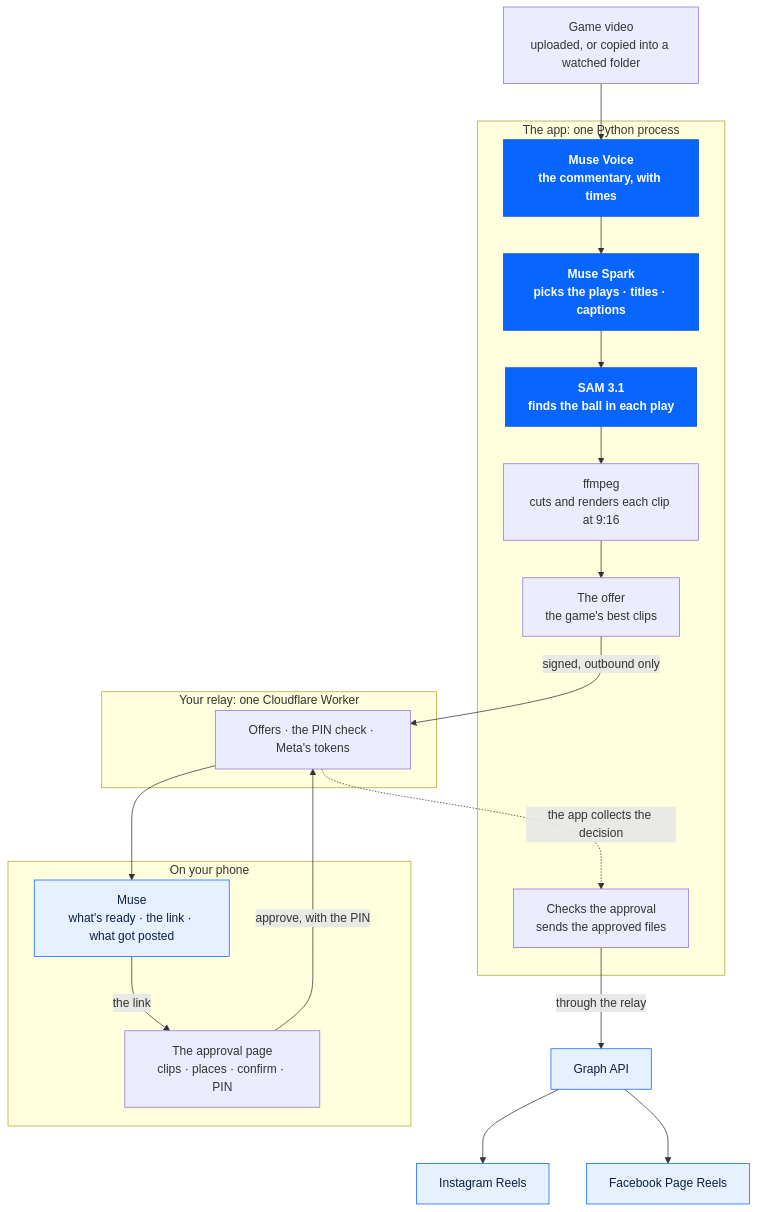
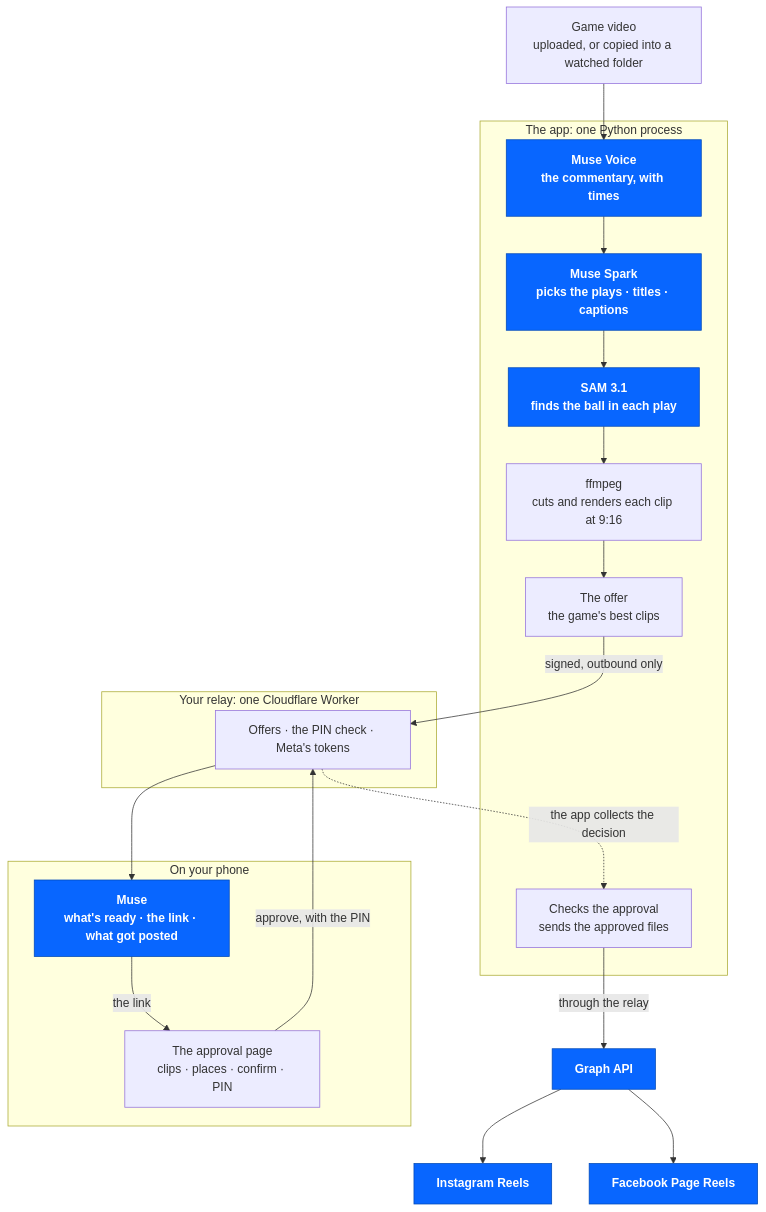
Before and after one commit to ColinGPT9/clips-kitty-gameday: the diagram in README.md, drawn with Mermaid. The commit also changed other lines of this file and 1 other file, not shown here.

Commit message:
Make every Meta product blue in the diagrams
Muse, the Graph API, Instagram and Facebook now share the solid Meta blue with Muse Voice, Muse Spark and SAM 3.1, as in the earlier event README. The key under each diagram says so.

````diff
--- a/README.md
+++ b/README.md
@@ -52,35 +52,33 @@
 ```mermaid
 flowchart TD
     F["Game video<br/>uploaded, or copied into a watched folder"]
     subgraph APP["The app: one Python process"]
         V["Muse Voice<br/>the commentary, with times"]
         S["Muse Spark<br/>picks the plays · titles · captions"]
         M["SAM 3.1<br/>finds the ball in each play"]
         R["ffmpeg<br/>cuts and renders each clip at 9:16"]
         O["The offer<br/>the game's best clips"]
         C["Checks the approval<br/>sends the approved files"]
     end
     subgraph RL["Your relay: one Cloudflare Worker"]
         Q["Offers · the PIN check · Meta's tokens"]
     end
     subgraph PH["On your phone"]
         MU["Muse<br/>what's ready · the link · what got posted"]
         AP["The approval page<br/>clips · places · confirm · PIN"]
     end
     G["Graph API"]
     IG["Instagram Reels"]
     FB["Facebook Page Reels"]
     F --> V --> S --> M --> R --> O
     O -->|signed, outbound only| Q
     Q --> MU
     MU -->|the link| AP
     AP -->|approve, with the PIN| Q
     Q -.->|the app collects the decision| C
     C -->|through the relay| G
     G --> IG
     G --> FB
-    classDef model fill:#0866FF,stroke:#0049B7,color:#ffffff,font-weight:bold
-    classDef metaapp fill:#E7F0FF,stroke:#0866FF,color:#0B1F44
-    class V,S,M model
-    class MU,G,IG,FB metaapp
+    classDef meta fill:#0866FF,stroke:#0049B7,color:#ffffff,font-weight:bold
+    class V,S,M,MU,G,IG,FB meta
 ```
````
